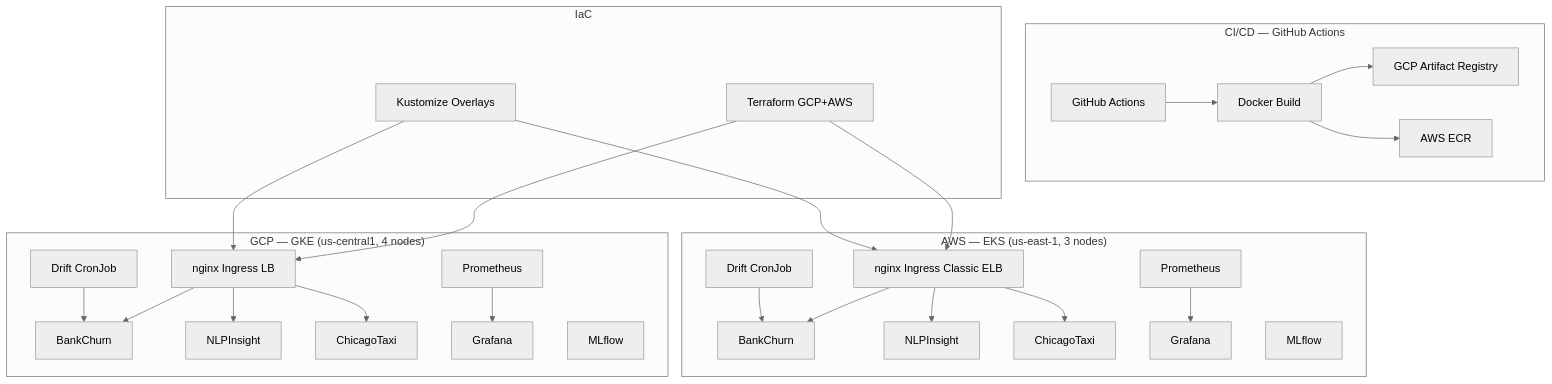
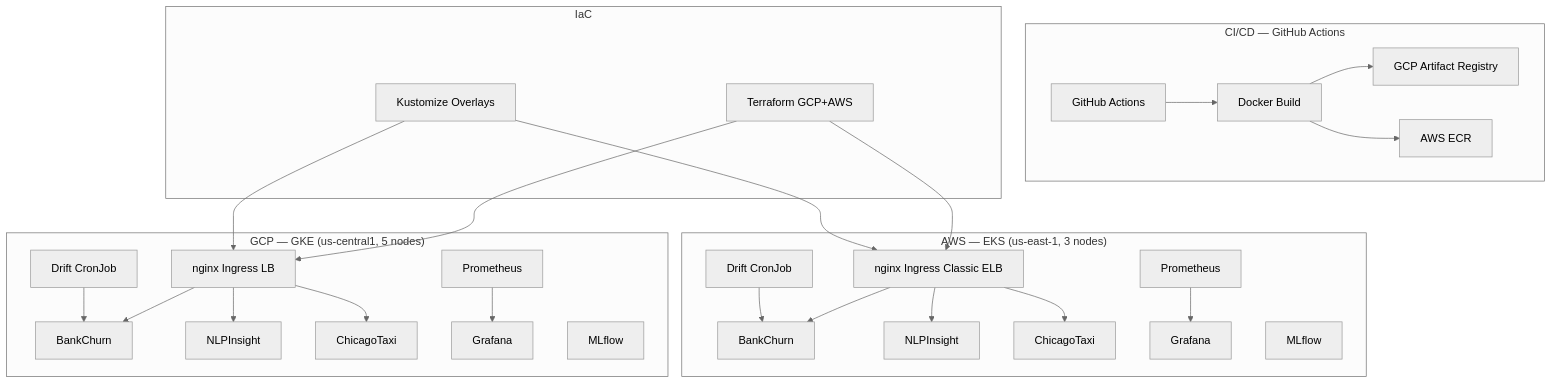
Before and after one commit to DuqueOM/ML-MLOps-Portfolio: the diagram in docs/ARCHITECTURE_PORTFOLIO.md, drawn with Mermaid (neutral theme). The commit also changed 3 other files, not shown here.

````diff
--- a/docs/ARCHITECTURE_PORTFOLIO.md
+++ b/docs/ARCHITECTURE_PORTFOLIO.md
@@ -11,27 +11,27 @@
 ```mermaid
 graph TB
     subgraph "CI/CD — GitHub Actions"
         GH[GitHub Actions] --> BUILD[Docker Build]
         BUILD --> AR[GCP Artifact Registry]
         BUILD --> ECR[AWS ECR]
     end
 
-    subgraph "GCP — GKE (us-central1, 4 nodes)"
+    subgraph "GCP — GKE (us-central1, 5 nodes)"
         GCE[nginx Ingress LB] --> BC1[BankChurn] & NL1[NLPInsight] & CT1[ChicagoTaxi]
         P1[Prometheus] --> G1[Grafana]
         D1[Drift CronJob] --> BC1
         M1[MLflow]
     end
 
     subgraph "AWS — EKS (us-east-1, 3 nodes)"
         AWS[nginx Ingress Classic ELB] --> BC2[BankChurn] & NL2[NLPInsight] & CT2[ChicagoTaxi]
         P2[Prometheus] --> G2[Grafana]
         D2[Drift CronJob] --> BC2
         M2[MLflow]
     end
 
     subgraph "IaC"
         TF[Terraform GCP+AWS] --> GCE & AWS
         KS[Kustomize Overlays] --> GCE & AWS
     end
 ```
````
